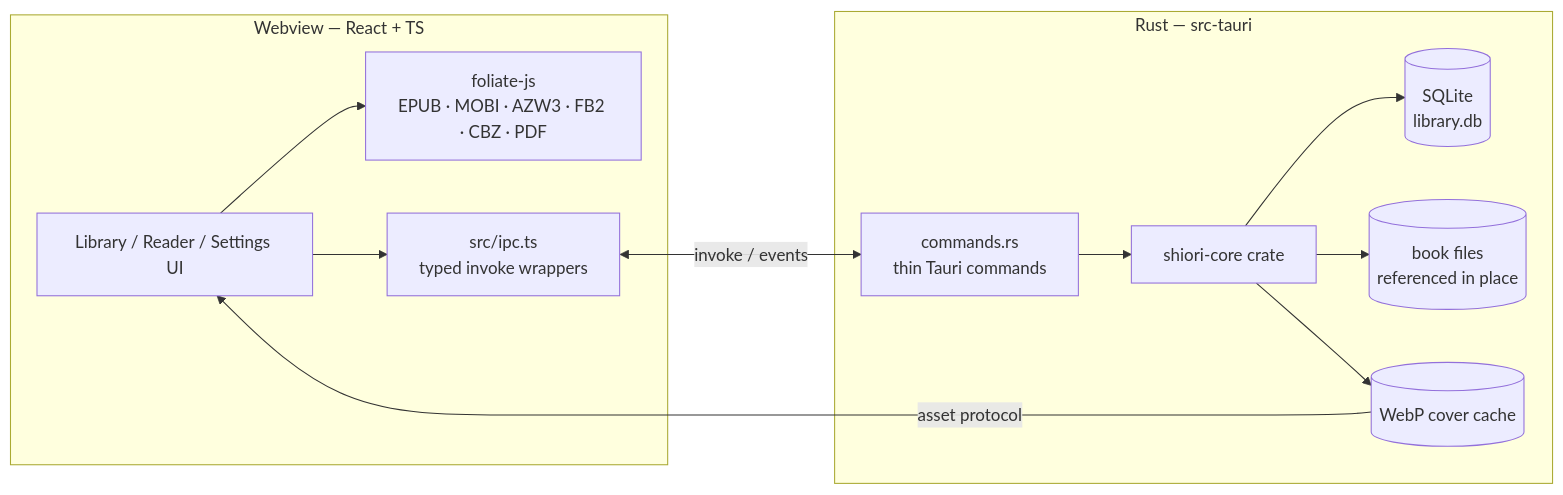
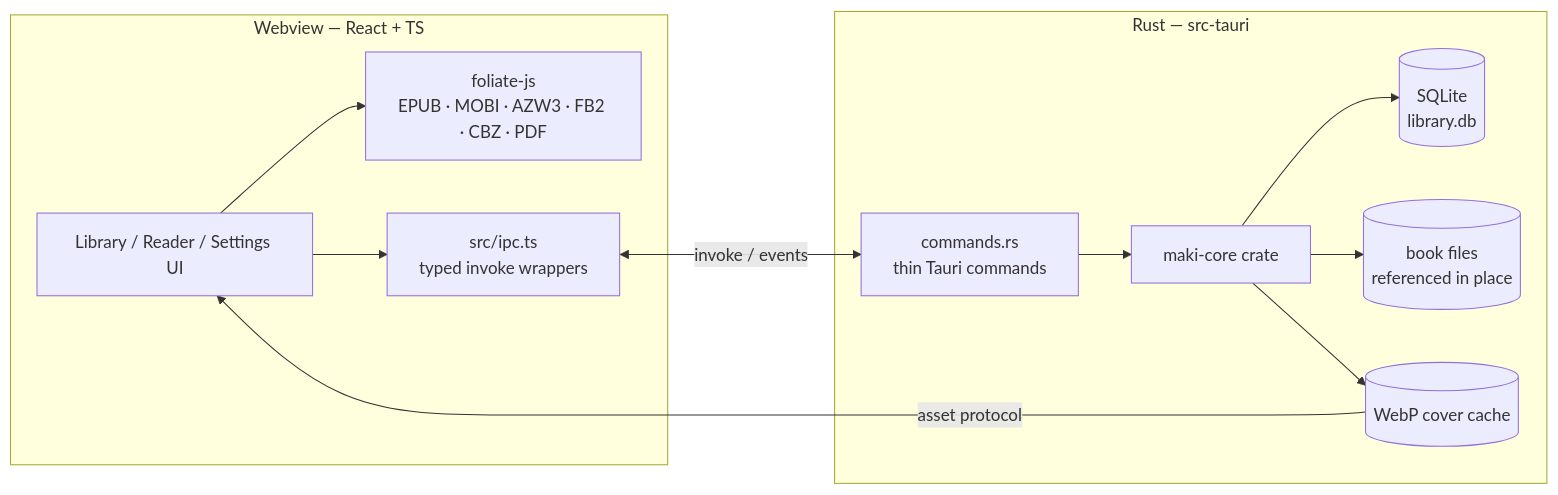
Before and after one commit to ovyas24/maki: the first of 2 diagrams in docs/ARCHITECTURE.md, drawn with Mermaid. The commit also changed other lines of this file and 15 other files, not shown here.

First line of the commit message:
feat: rename product from shiori to maki

````diff
--- a/docs/ARCHITECTURE.md
+++ b/docs/ARCHITECTURE.md
@@ -6,23 +6,23 @@
 ```mermaid
 flowchart LR
     subgraph Webview [Webview — React + TS]
         UI[Library / Reader / Settings UI]
         FJ[foliate-js<br/>EPUB · MOBI · AZW3 · FB2 · CBZ · PDF]
         IPC[src/ipc.ts<br/>typed invoke wrappers]
         UI --> FJ
         UI --> IPC
     end
     subgraph Rust [Rust — src-tauri]
         CMD[commands.rs<br/>thin Tauri commands]
-        CORE[shiori-core crate]
+        CORE[maki-core crate]
         DB[(SQLite<br/>library.db)]
         FS[(book files<br/>referenced in place)]
         COV[(WebP cover cache)]
         CMD --> CORE
         CORE --> DB
         CORE --> FS
         CORE --> COV
     end
     IPC <-->|invoke / events| CMD
     COV -->|asset protocol| UI
 ```
````
